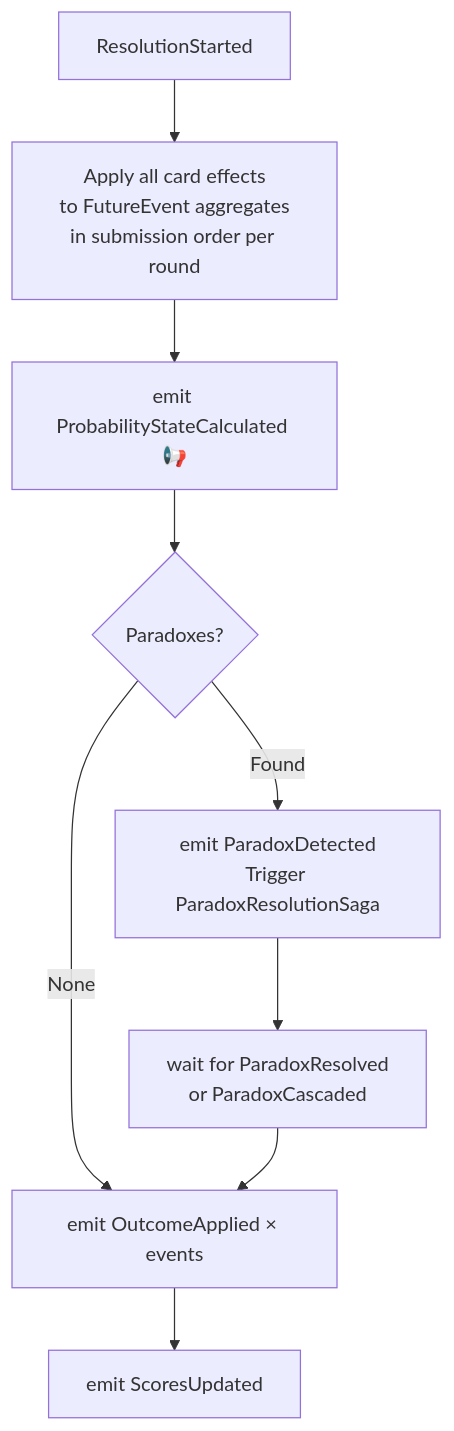
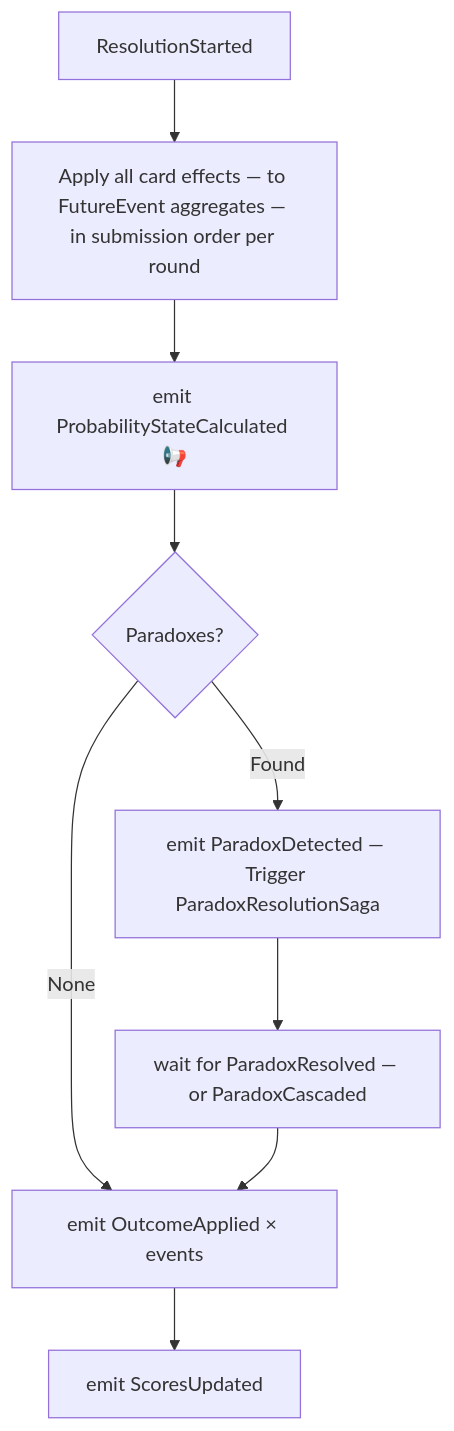
Before and after one commit to temporal-rift/docs: the diagram in sagas/resolution.mdx, drawn with Mermaid. The commit also changed 9 other files, not shown here.

First line of the commit message:
fix: replace literal \n in Mermaid node labels with em-dash separator

````diff
--- a/sagas/resolution.mdx
+++ b/sagas/resolution.mdx
@@ -12,11 +12,11 @@
 ```mermaid
 flowchart TD
-  A[ResolutionStarted] --> B[Apply all card effects\nto FutureEvent aggregates\nin submission order per round]
+  A[ResolutionStarted] --> B[Apply all card effects — to FutureEvent aggregates — in submission order per round]
   B --> C[emit ProbabilityStateCalculated 📢]
   C --> D{Paradoxes?}
   D -->|None| E[emit OutcomeApplied × events]
-  D -->|Found| F[emit ParadoxDetected\nTrigger ParadoxResolutionSaga]
-  F --> G[wait for ParadoxResolved\nor ParadoxCascaded]
+  D -->|Found| F[emit ParadoxDetected — Trigger ParadoxResolutionSaga]
+  F --> G[wait for ParadoxResolved — or ParadoxCascaded]
   G --> E
   E --> H[emit ScoresUpdated]
 ```
````
